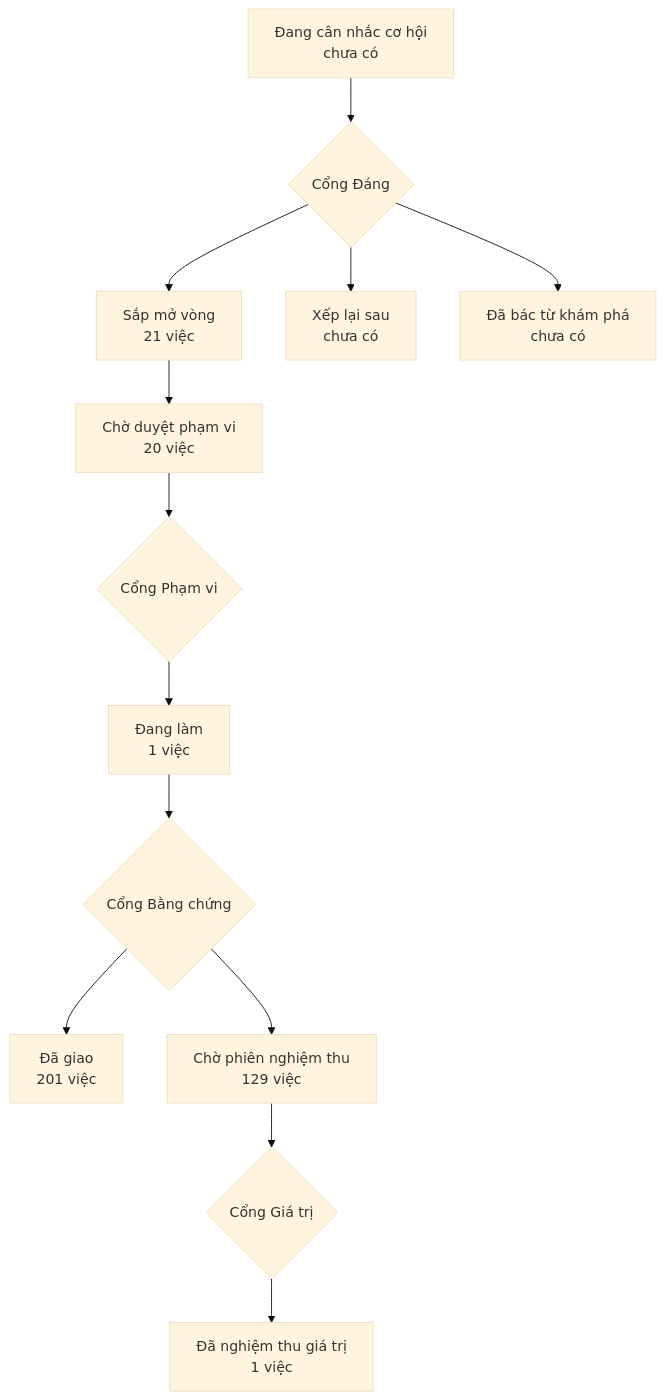
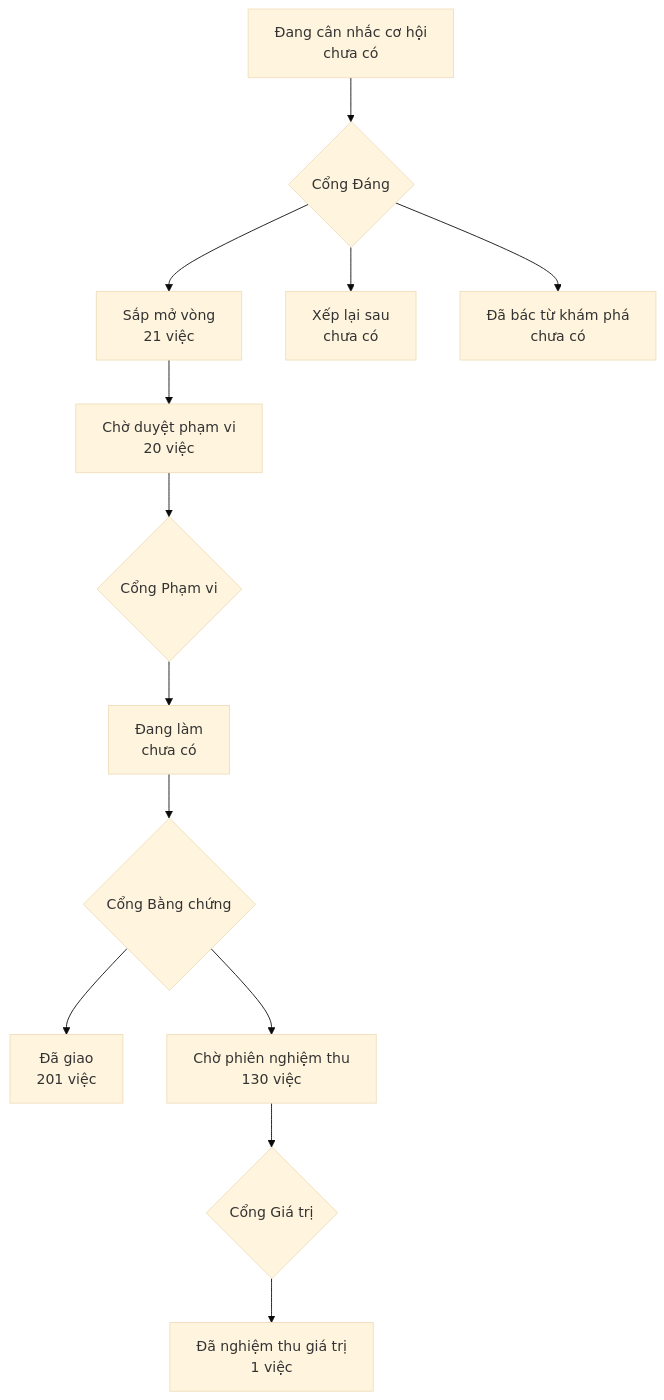
Before and after one commit to phanlemanh/onehub-invest: the diagram in PRODUCT-MAP.md, drawn with Mermaid (base theme). The commit also changed other lines of this file and 4 other files, not shown here.

````diff
--- a/PRODUCT-MAP.md
+++ b/PRODUCT-MAP.md
@@ -7,12 +7,12 @@
 ```mermaid
 flowchart TD
   A["Đang cân nhắc cơ hội<br/>chưa có"] --> GD{"Cổng Đáng"}
   GD --> B["Sắp mở vòng<br/>21 việc"]
   GD --> XL["Xếp lại sau<br/>chưa có"]
   GD --> DB["Đã bác từ khám phá<br/>chưa có"]
   B --> CD["Chờ duyệt phạm vi<br/>20 việc"] --> GP{"Cổng Phạm vi"}
-  GP --> DL["Đang làm<br/>1 việc"] --> GB{"Cổng Bằng chứng"}
+  GP --> DL["Đang làm<br/>chưa có"] --> GB{"Cổng Bằng chứng"}
   GB --> DG["Đã giao<br/>201 việc"]
-  GB --> CN["Chờ phiên nghiệm thu<br/>129 việc"] --> GG{"Cổng Giá trị"}
+  GB --> CN["Chờ phiên nghiệm thu<br/>130 việc"] --> GG{"Cổng Giá trị"}
   GG --> NT["Đã nghiệm thu giá trị<br/>1 việc"]
 ```
````
